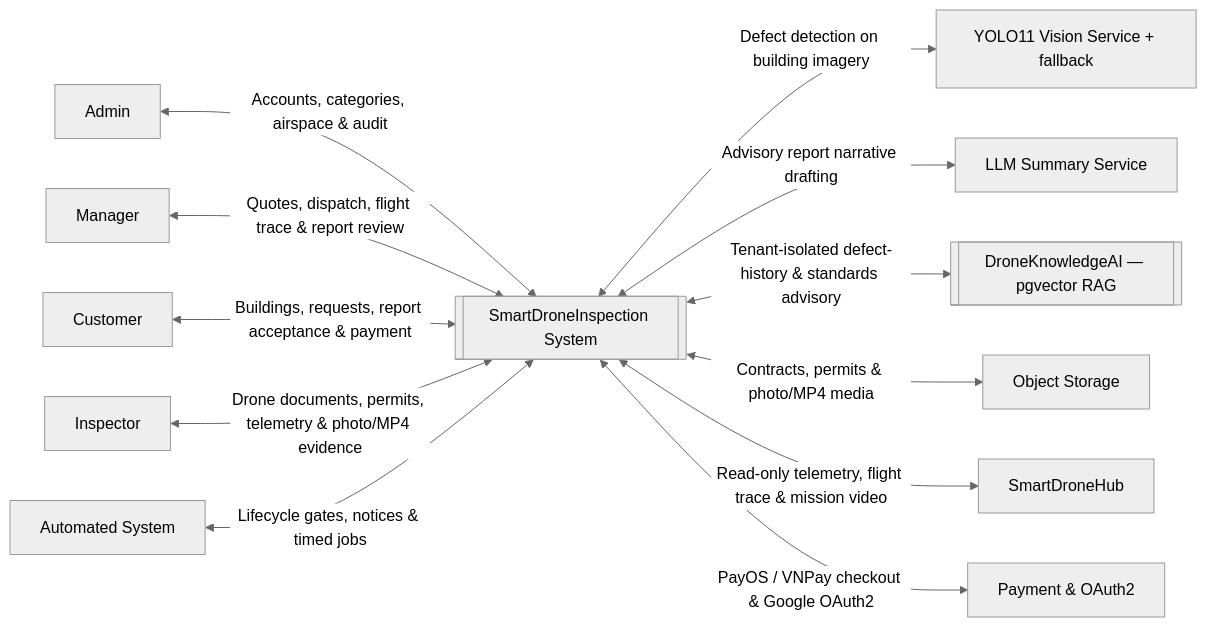
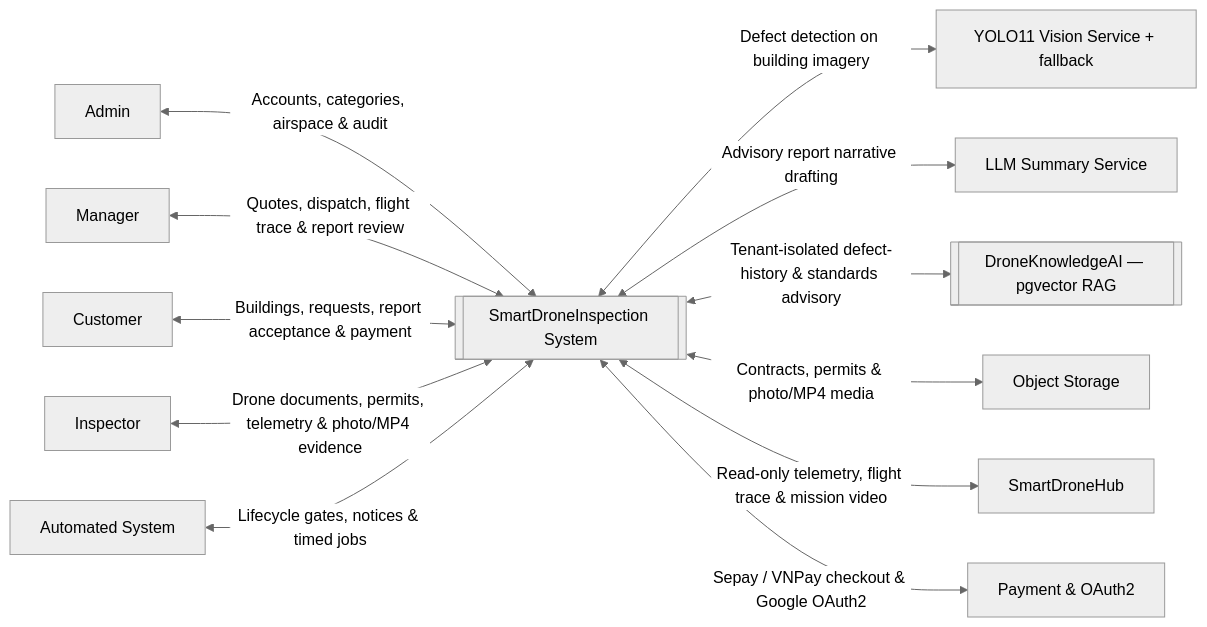
One commit to tungbach12/SmartDroneInspection-Docs changed the diagram in reports/report-3-software-requirement-specification/01-overall-description.md. Above: the diagram before and after it, drawn with Mermaid (neutral theme). The commit also changed 29 other files, not shown here.

Commit message:
docs(reports,diagrams): sync V67-V69 schema, Sepay/VNPay hardening, and ERD/state/package diagrams

````diff
--- a/reports/report-3-software-requirement-specification/01-overall-description.md
+++ b/reports/report-3-software-requirement-specification/01-overall-description.md
@@ -16,30 +16,30 @@
 ```mermaid
 %% title: System Context Diagram
 flowchart LR
   ADMIN["Admin"]
   MANAGER["Manager"]
   CUSTOMER["Customer"]
   INSPECTOR["Inspector"]
   SYSTEM["Automated System"]
 
   SDI[["SmartDroneInspection System"]]
   YOLO["YOLO11 Vision Service + fallback"]
   LLM["LLM Summary Service"]
   DKA[["DroneKnowledgeAI — pgvector RAG"]]
   STORAGE["Object Storage"]
   HUB["SmartDroneHub"]
   PAYMENT["Payment & OAuth2"]
 
   ADMIN <-->|"Accounts, categories, airspace & audit"| SDI
   MANAGER <-->|"Quotes, dispatch, flight trace & report review"| SDI
   CUSTOMER <-->|"Buildings, requests, report acceptance & payment"| SDI
   INSPECTOR <-->|"Drone documents, permits, telemetry & photo/MP4 evidence"| SDI
   SYSTEM <-->|"Lifecycle gates, notices & timed jobs"| SDI
 
   SDI <-->|"Defect detection on building imagery"| YOLO
   SDI <-->|"Advisory report narrative drafting"| LLM
   SDI <-->|"Tenant-isolated defect-history & standards advisory"| DKA
   SDI <-->|"Contracts, permits & photo/MP4 media"| STORAGE
   SDI <-->|"Read-only telemetry, flight trace & mission video"| HUB
-  SDI <-->|"PayOS / VNPay checkout & Google OAuth2"| PAYMENT
+  SDI <-->|"Sepay / VNPay checkout & Google OAuth2"| PAYMENT
 ```
````
